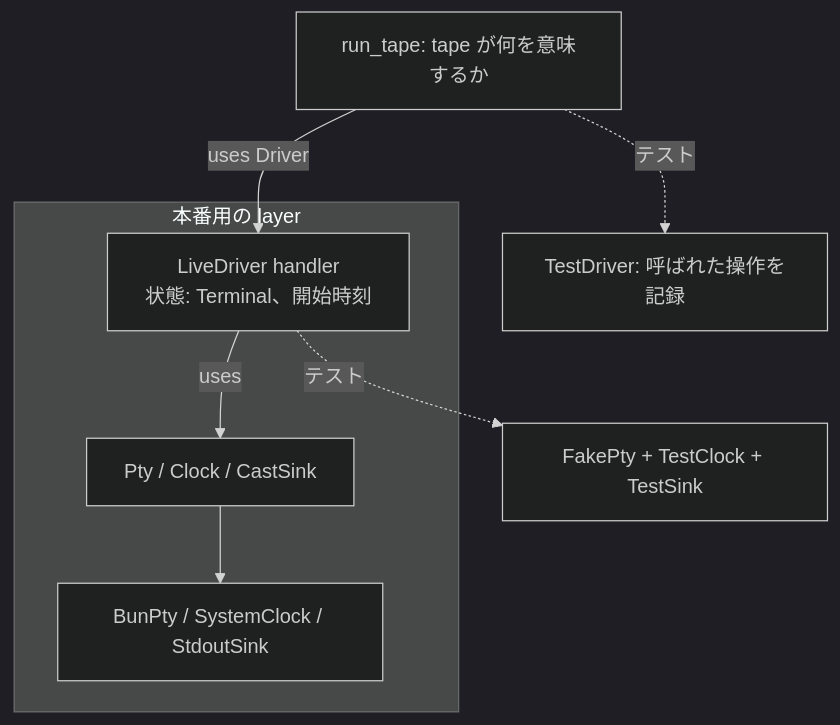
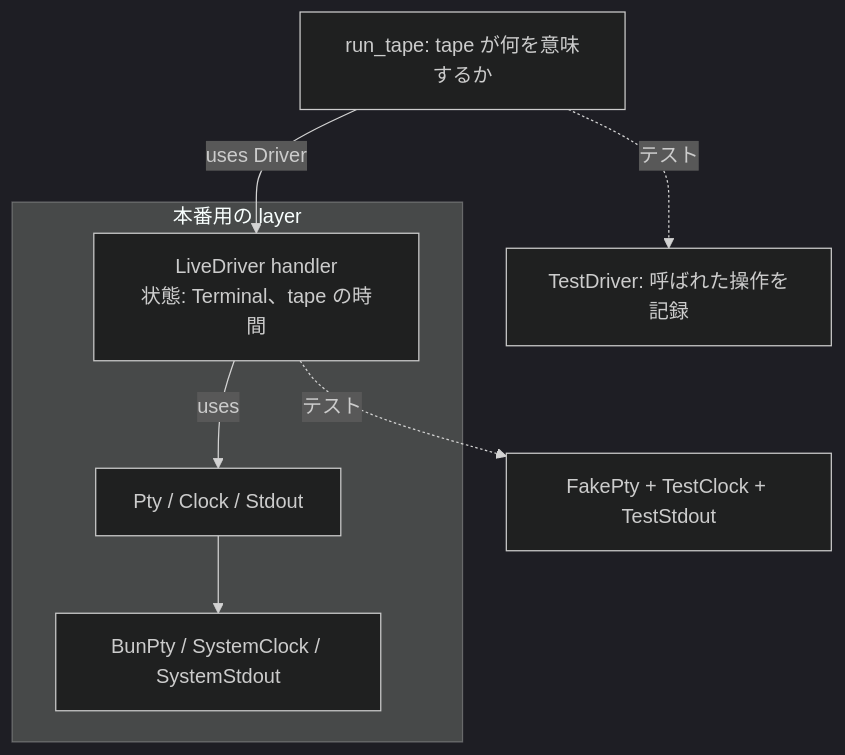
Before and after one commit to kisepichu/kbdcast: the third of 4 diagrams in docs/superpowers/specs/2026-11-23-kbdcast-design.md, drawn with Mermaid (dark theme). The commit also changed other lines of this file and 1 other file, not shown here.

Commit message:
docs: サブプロジェクト 1（recorder）の spec を書き、全体設計の cast の時刻と port を合わせる

````diff
--- a/docs/superpowers/specs/2026-11-23-kbdcast-design.md
+++ b/docs/superpowers/specs/2026-11-23-kbdcast-design.md
@@ -236,10 +236,10 @@
 ```mermaid
 flowchart TB
   run[run_tape: tape が何を意味するか] -->|uses Driver| drv
   subgraph live[本番用の layer]
-    drv[LiveDriver handler<br/>状態: Terminal、開始時刻] -->|uses| ports[Pty / Clock / CastSink]
-    ports --> impl[BunPty / SystemClock / StdoutSink]
+    drv[LiveDriver handler<br/>状態: Terminal、tape の時間] -->|uses| ports[Pty / Clock / Stdout]
+    ports --> impl[BunPty / SystemClock / SystemStdout]
   end
   run -.テスト.-> td[TestDriver: 呼ばれた操作を記録]
-  drv -.テスト.-> fake[FakePty + TestClock + TestSink]
+  drv -.テスト.-> fake[FakePty + TestClock + TestStdout]
 ```
````
